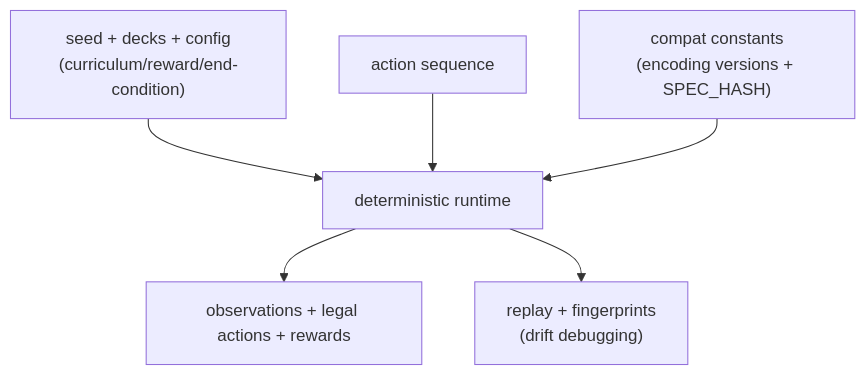
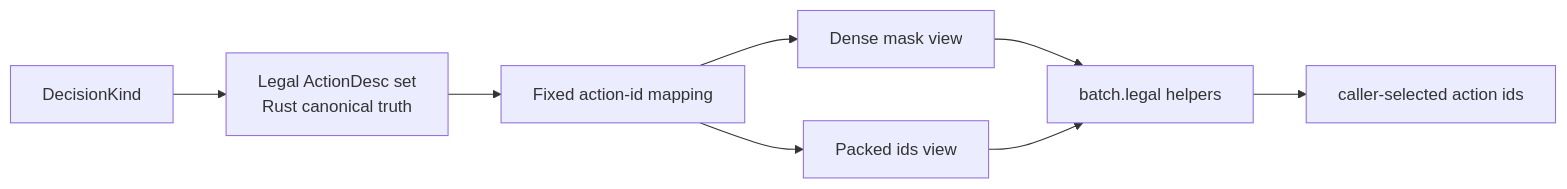
One commit to victorwp288/weiss-schwarz-simulator changed the third of 3 diagrams in docs/how_it_works.md. Above: the diagram before and after it, drawn with Mermaid. The commit also changed other lines of this file and 10 other files, not shown here.

````diff
--- a/docs/how_it_works.md
+++ b/docs/how_it_works.md
@@ -93,8 +107,10 @@
 ```mermaid
-flowchart TB
-  A["seed + decks + config\n(curriculum/reward/end-condition)"] --> B["deterministic runtime"]
-  C["action sequence"] --> B
-  D["compat constants\n(encoding versions + SPEC_HASH)"] --> B
-  B --> E["observations + legal actions + rewards"]
-  B --> F["replay + fingerprints\n(drift debugging)"]
+flowchart LR
+  A["DecisionKind"] --> B["Legal ActionDesc set\nRust canonical truth"]
+  B --> C["Fixed action-id mapping"]
+  C --> D["Dense mask view"]
+  C --> E["Packed ids view"]
+  D --> F["batch.legal helpers"]
+  E --> F
+  F --> G["caller-selected action ids"]
 ```
````
